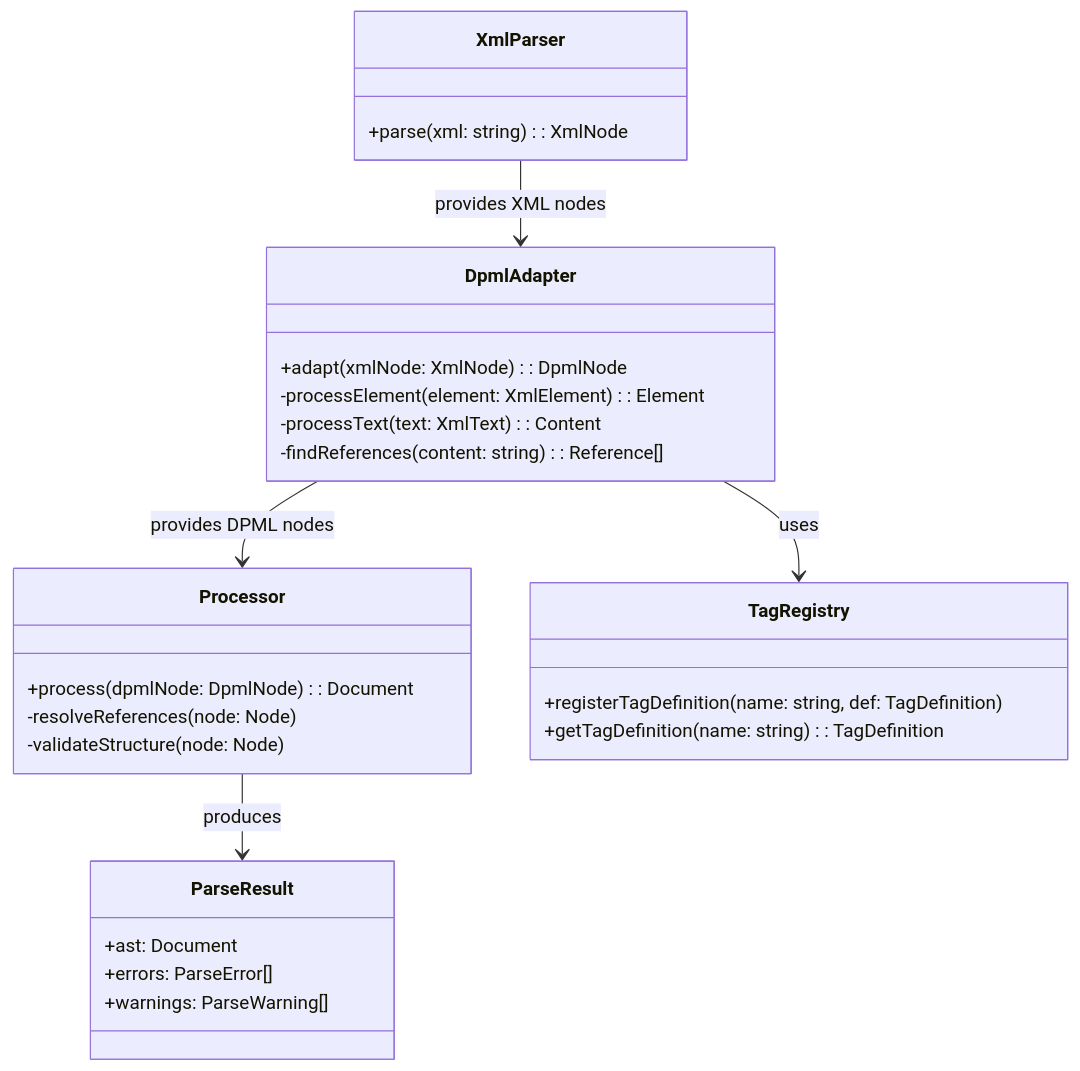
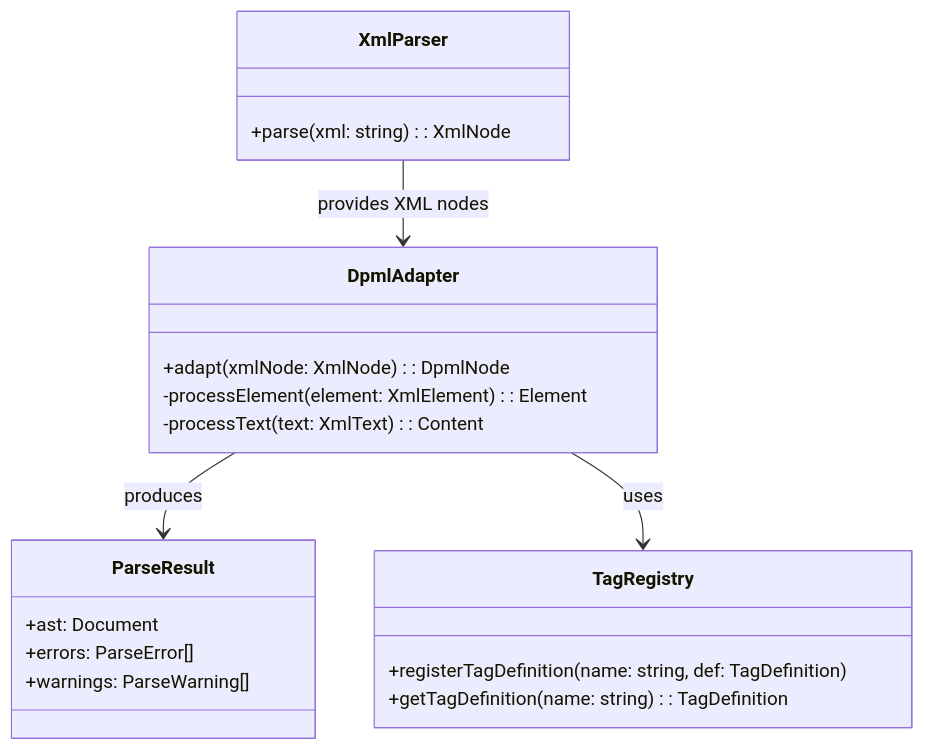
Before and after one commit to Deepractice/DPML: the second of 3 diagrams in packages/core/docs/parser/Core-Parser-Design.md, drawn with Mermaid. The commit also changed other lines of this file, not shown here.

````diff
--- a/packages/core/docs/parser/Core-Parser-Design.md
+++ b/packages/core/docs/parser/Core-Parser-Design.md
@@ -44,35 +43,27 @@
 ```mermaid
 classDiagram
     class XmlParser {
         +parse(xml: string): XmlNode
     }
     
     class DpmlAdapter {
         +adapt(xmlNode: XmlNode): DpmlNode
         -processElement(element: XmlElement): Element
         -processText(text: XmlText): Content
-        -findReferences(content: string): Reference[]
-    }
-    
-    class Processor {
-        +process(dpmlNode: DpmlNode): Document
-        -resolveReferences(node: Node)
-        -validateStructure(node: Node)
     }
     
     class TagRegistry {
         +registerTagDefinition(name: string, def: TagDefinition)
         +getTagDefinition(name: string): TagDefinition
     }
     
     class ParseResult {
         +ast: Document
         +errors: ParseError[]
         +warnings: ParseWarning[]
     }
     
     XmlParser --> DpmlAdapter: provides XML nodes
-    DpmlAdapter --> Processor: provides DPML nodes
-    Processor --> ParseResult: produces
+    DpmlAdapter --> ParseResult: produces
     DpmlAdapter --> TagRegistry: uses
 ```
````
